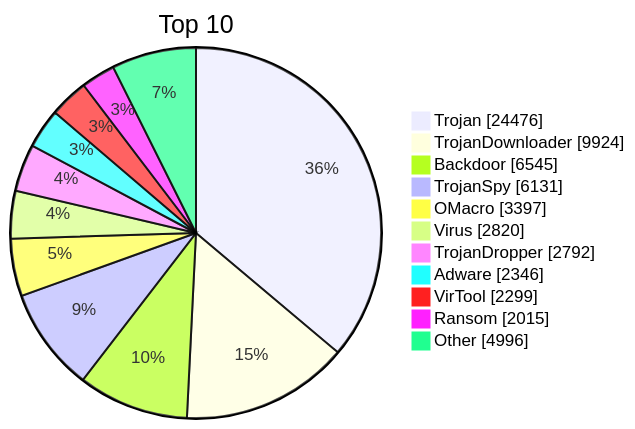
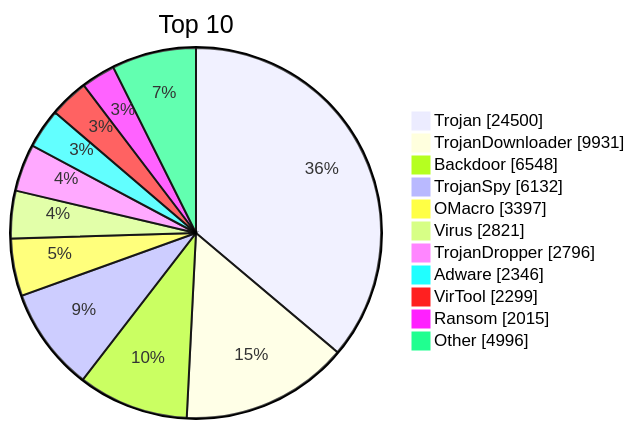
The diagram in README.md (JerryLinLinLin/huorong-virdb-changelog), drawn with Mermaid before and after one commit. The commit also changed other lines of this file and 14 other files, not shown here.

````diff
--- a/README.md
+++ b/README.md
@@ -19,15 +19,15 @@
 ```mermaid
 pie showData
     title Top 10
-    "Trojan" : 24476
-    "TrojanDownloader" : 9924
-    "Backdoor" : 6545
-    "TrojanSpy" : 6131
+    "Trojan" : 24500
+    "TrojanDownloader" : 9931
+    "Backdoor" : 6548
+    "TrojanSpy" : 6132
     "OMacro" : 3397
-    "Virus" : 2820
-    "TrojanDropper" : 2792
+    "Virus" : 2821
+    "TrojanDropper" : 2796
     "Adware" : 2346
     "VirTool" : 2299
     "Ransom" : 2015
     "Other" : 4996
 ```
````
